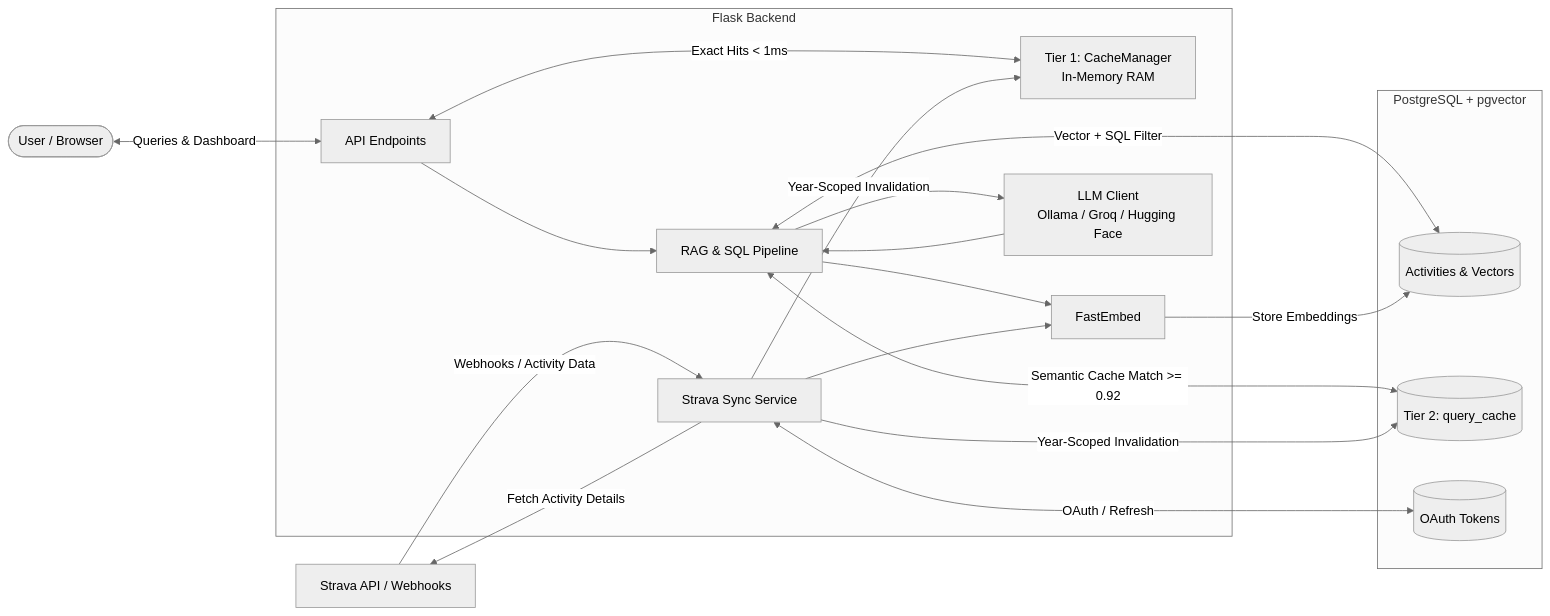
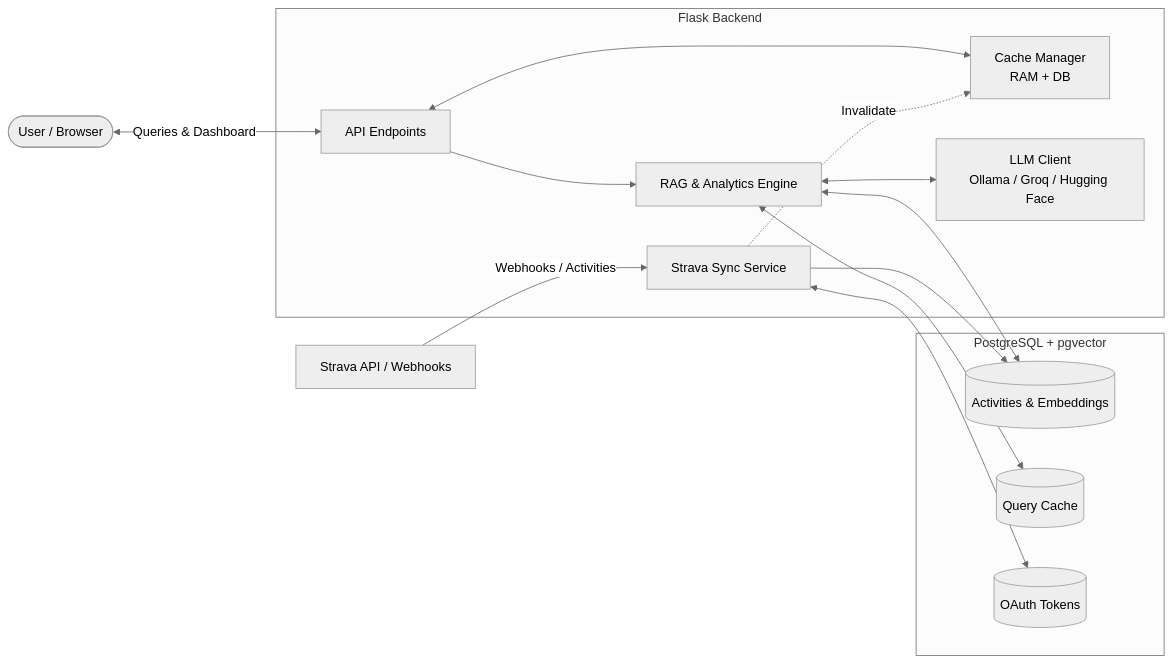
Before and after one commit to pugmarx/strava-insights-rag: the first of 4 diagrams in readme.md, drawn with Mermaid (neutral theme). The commit also changed other lines of this file and 1 other file, not shown here.

Commit message:
docs: simplify and declutter architecture and cache invalidation diagrams

````diff
--- a/readme.md
+++ b/readme.md
@@ -11,36 +11,30 @@
 ```mermaid
 flowchart LR
     User([User / Browser])
     Strava[Strava API / Webhooks]
 
     subgraph Backend ["Flask Backend"]
         API[API Endpoints]
-        Cache[Tier 1: CacheManager<br/>In-Memory RAM]
-        Embed[FastEmbed]
-        RAG[RAG & SQL Pipeline]
+        Cache[Cache Manager<br/>RAM + DB]
+        RAG[RAG & Analytics Engine]
         Sync[Strava Sync Service]
         LLM[LLM Client<br/>Ollama / Groq / Hugging Face]
     end
 
     subgraph Storage ["PostgreSQL + pgvector"]
-        DB[(Activities & Vectors)]
-        DBCache[(Tier 2: query_cache)]
+        DB[(Activities & Embeddings)]
+        DBCache[(Query Cache)]
         Tokens[(OAuth Tokens)]
     end
 
     User <-->|Queries & Dashboard| API
-    API <-->|Exact Hits < 1ms| Cache
+    API <--> Cache
     API --> RAG
-    RAG <-->|Semantic Cache Match >= 0.92| DBCache
-    RAG --> Embed
-    RAG <-->|Vector + SQL Filter| DB
-    RAG --> LLM
-    LLM --> RAG
-    Strava -->|Webhooks / Activity Data| Sync
-    Sync <-->|OAuth / Refresh| Tokens
-    Sync -->|Fetch Activity Details| Strava
-    Sync --> Embed
-    Embed -->|Store Embeddings| DB
-    Sync -->|Year-Scoped Invalidation| Cache
-    Sync -->|Year-Scoped Invalidation| DBCache
+    RAG <--> DB
+    RAG <--> DBCache
+    RAG <--> LLM
+    Strava -->|Webhooks / Activities| Sync
+    Sync <--> Tokens
+    Sync --> DB
+    Sync -.->|Invalidate| Cache
 ```
````
